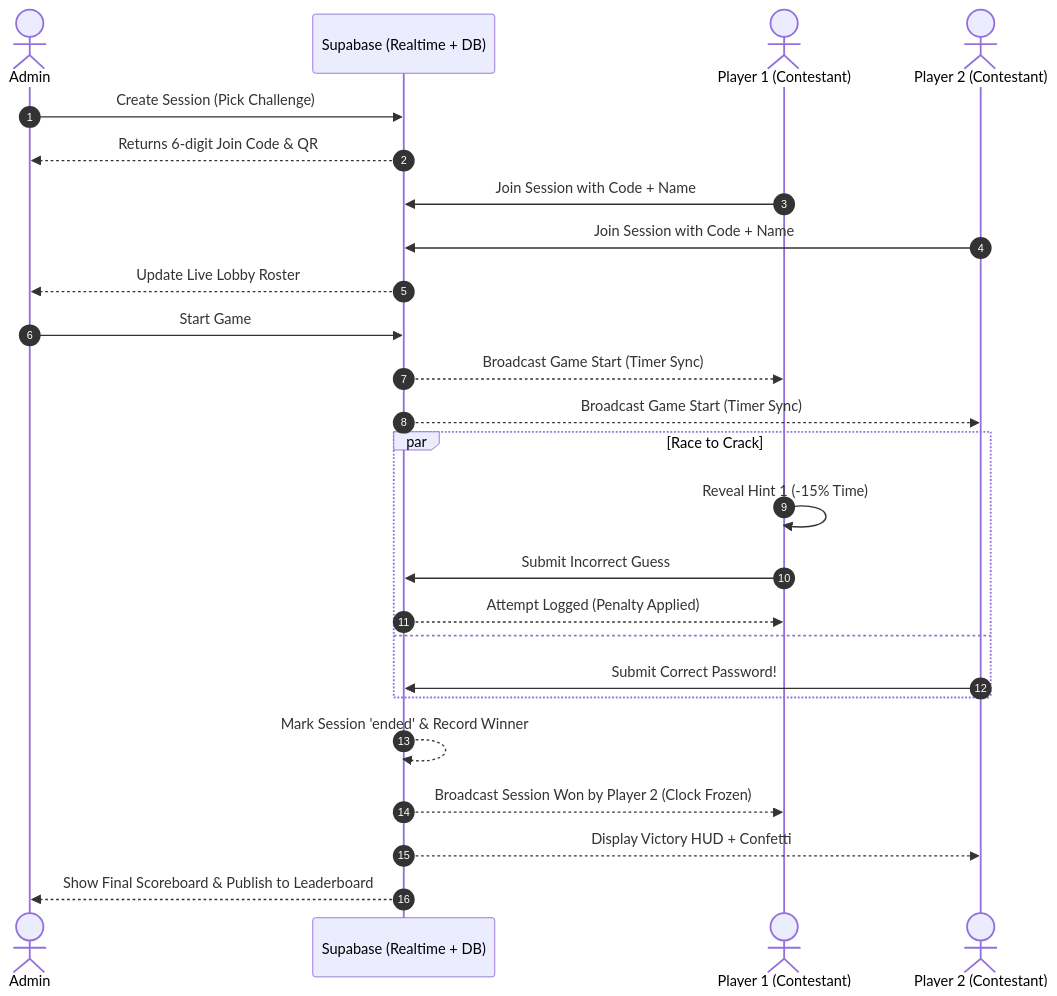
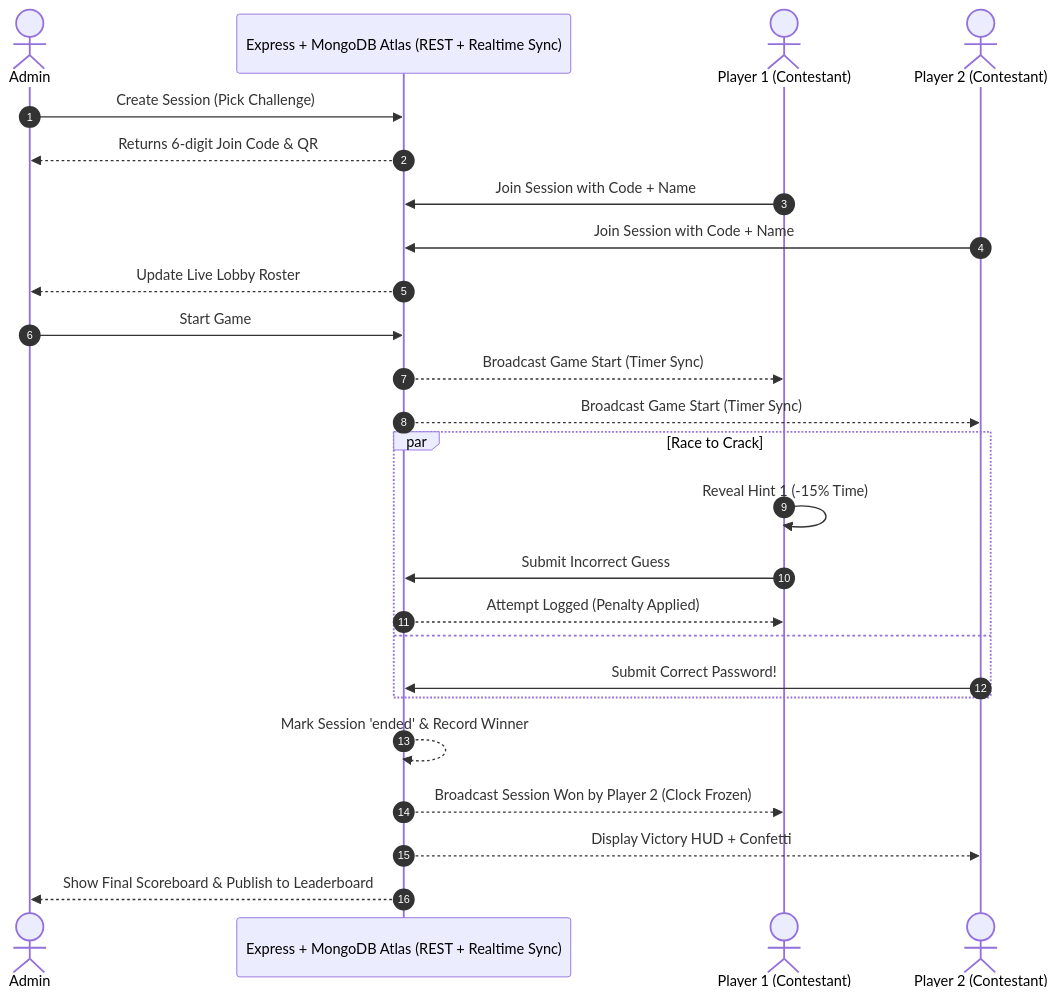
Before and after one commit to kottapalliharisatyanarayana-cyber/password-guessing: the diagram in Readme.md, drawn with Mermaid. The commit also changed other lines of this file and 4 other files, not shown here.

````diff
--- a/Readme.md
+++ b/Readme.md
@@ -109,30 +109,30 @@
 ```mermaid
 sequenceDiagram
     autonumber
     actor Admin
-    participant Server as Supabase (Realtime + DB)
+    participant Server as Express + MongoDB Atlas (REST + Realtime Sync)
     actor Player1 as Player 1 (Contestant)
     actor Player2 as Player 2 (Contestant)
 
     Admin->>Server: Create Session (Pick Challenge)
     Server-->>Admin: Returns 6-digit Join Code & QR
     Player1->>Server: Join Session with Code + Name
     Player2->>Server: Join Session with Code + Name
     Server-->>Admin: Update Live Lobby Roster
     Admin->>Server: Start Game
     Server-->>Player1: Broadcast Game Start (Timer Sync)
     Server-->>Player2: Broadcast Game Start (Timer Sync)
     
     par Race to Crack
         Player1->>Player1: Reveal Hint 1 (-15% Time)
         Player1->>Server: Submit Incorrect Guess
         Server-->>Player1: Attempt Logged (Penalty Applied)
     and
         Player2->>Server: Submit Correct Password!
     end
 
     Server-->>Server: Mark Session 'ended' & Record Winner
     Server-->>Player1: Broadcast Session Won by Player 2 (Clock Frozen)
     Server-->>Player2: Display Victory HUD + Confetti
     Server-->>Admin: Show Final Scoreboard & Publish to Leaderboard
 ```
````
